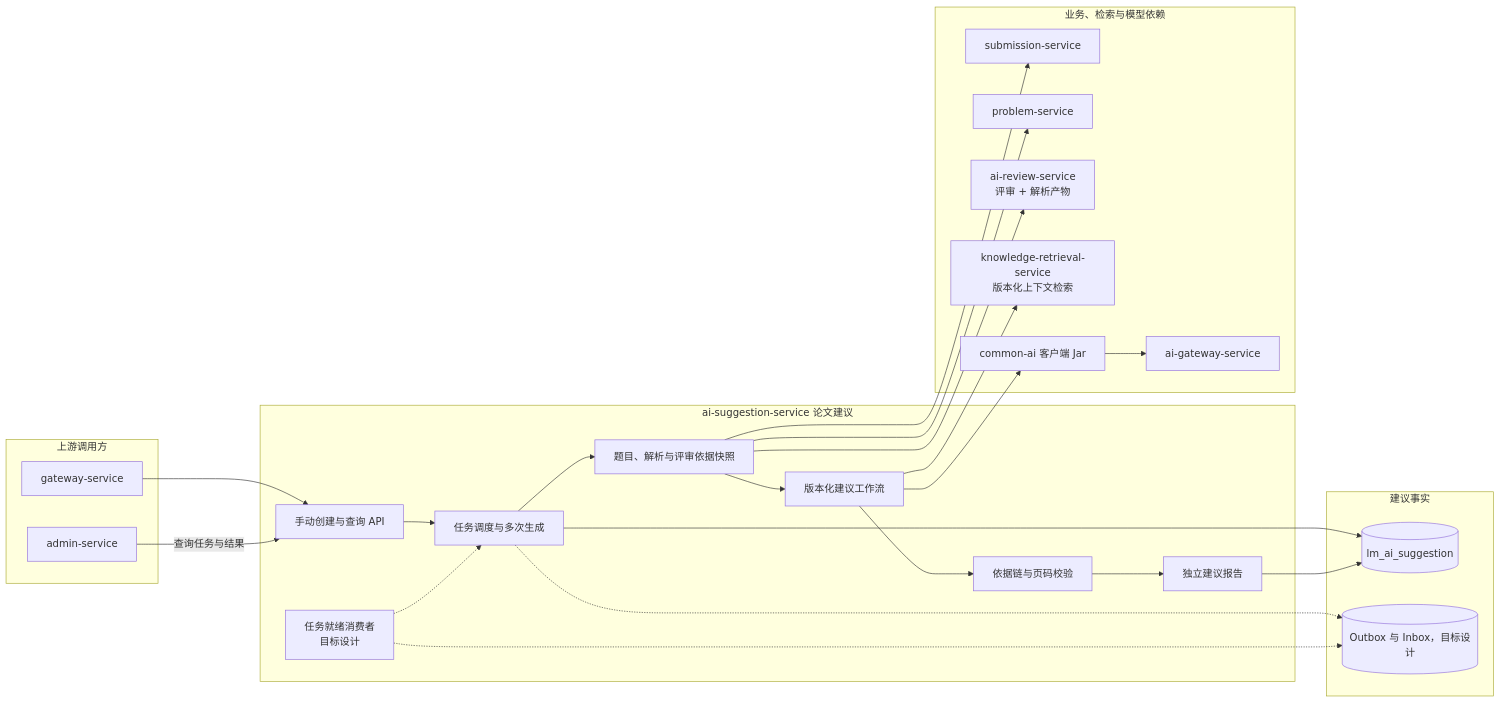
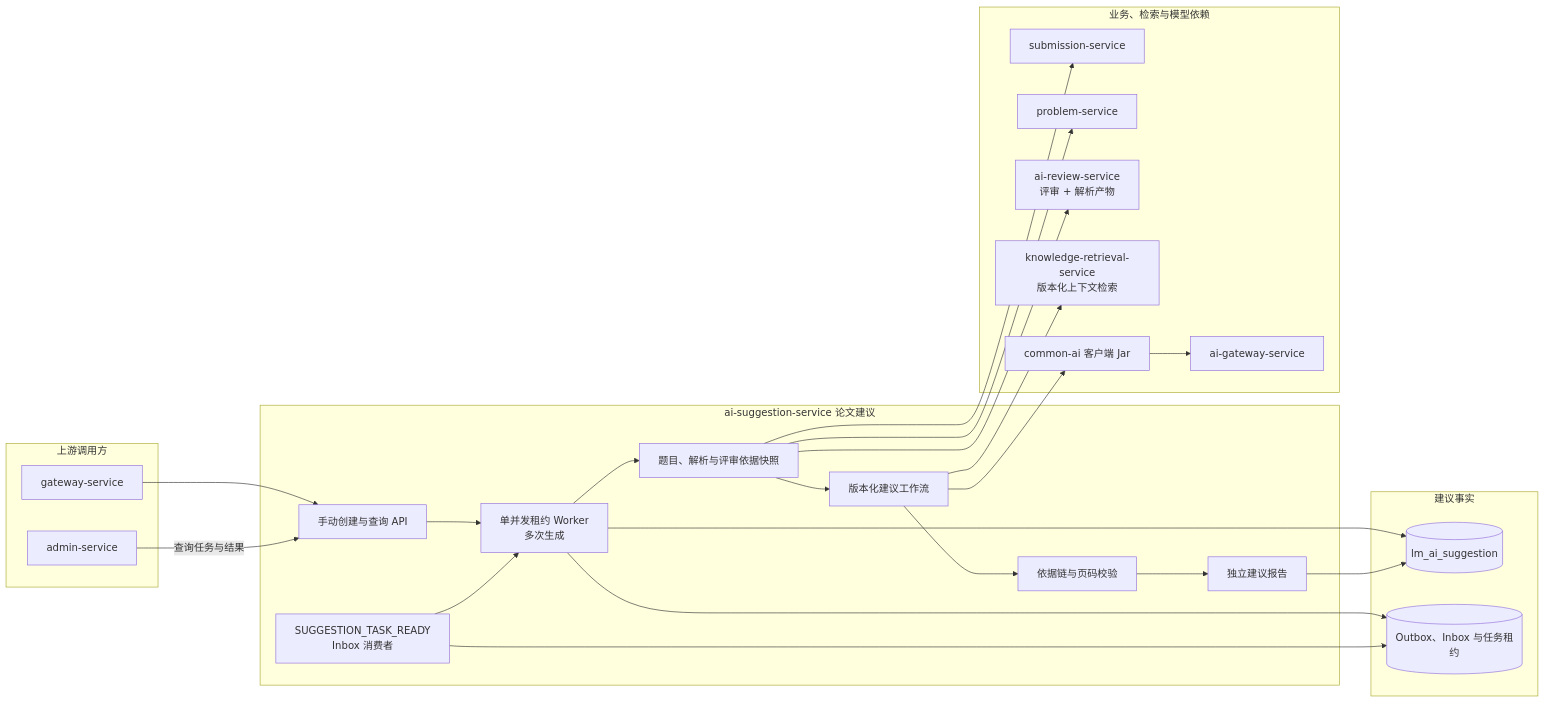
One commit to Dorian7Alden/LeetModel changed the diagram in docs/project/03-微服务设计/ai-suggestion-service/README.md. Above: the diagram before and after it, drawn with Mermaid. The commit also changed other lines of this file and 2 other files, not shown here.

````diff
--- a/docs/project/03-微服务设计/ai-suggestion-service/README.md
+++ b/docs/project/03-微服务设计/ai-suggestion-service/README.md
@@ -12,48 +12,48 @@
 ```mermaid
 flowchart LR
     subgraph callers["上游调用方"]
         apiGateway["gateway-service"]
         adminService["admin-service"]
     end
 
     subgraph suggestion["ai-suggestion-service 论文建议"]
         taskApi["手动创建与查询 API"]
-        mqWakeup["任务就绪消费者<br/>目标设计"]
-        taskLifecycle["任务调度与多次生成"]
+        mqWakeup["SUGGESTION_TASK_READY<br/>Inbox 消费者"]
+        taskLifecycle["单并发租约 Worker<br/>多次生成"]
         inputSnapshot["题目、解析与评审依据快照"]
         suggestionWorkflow["版本化建议工作流"]
         evidenceValidation["依据链与页码校验"]
         result["独立建议报告"]
 
         taskApi --> taskLifecycle
-        mqWakeup -.-> taskLifecycle
+        mqWakeup --> taskLifecycle
         taskLifecycle --> inputSnapshot --> suggestionWorkflow
         suggestionWorkflow --> evidenceValidation --> result
     end
 
     subgraph dependencies["业务、检索与模型依赖"]
         submissionService["submission-service"]
         problemService["problem-service"]
         reviewService["ai-review-service<br/>评审 + 解析产物"]
         retrievalService["knowledge-retrieval-service<br/>版本化上下文检索"]
         commonAi["common-ai 客户端 Jar"]
         aiGateway["ai-gateway-service"]
     end
 
     subgraph data["建议事实"]
         suggestionDatabase[(lm_ai_suggestion)]
-        messageStore[(Outbox 与 Inbox，目标设计)]
+        messageStore[(Outbox、Inbox 与任务租约)]
     end
 
     apiGateway --> taskApi
     adminService -->|"查询任务与结果"| taskApi
     inputSnapshot --> submissionService
     inputSnapshot --> problemService
     inputSnapshot --> reviewService
     suggestionWorkflow --> retrievalService
     suggestionWorkflow --> commonAi --> aiGateway
     taskLifecycle --> suggestionDatabase
-    taskLifecycle -.-> messageStore
-    mqWakeup -.-> messageStore
+    taskLifecycle --> messageStore
+    mqWakeup --> messageStore
     result --> suggestionDatabase
 ```
````
